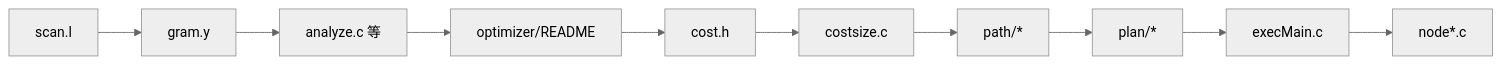
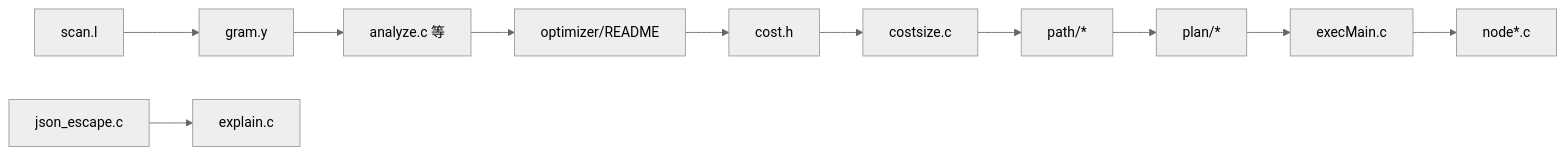
The eighth of 8 diagrams in .qoder/repowiki/zh/content/查询处理/查询处理.md (chirpyli/minipg), drawn with Mermaid (neutral theme) before and after one commit. The commit also changed other lines of this file and 362 other files, not shown here.

````diff
--- a/.qoder/repowiki/zh/content/查询处理/查询处理.md
+++ b/.qoder/repowiki/zh/content/查询处理/查询处理.md
@@ -241,12 +287,13 @@
 ```mermaid
 graph LR
 Scan["scan.l"] --> Gram["gram.y"]
 Gram --> Analyze["analyze.c 等"]
 Analyze --> OptReadme["optimizer/README"]
 OptReadme --> CostH["cost.h"]
 CostH --> CostSize["costsize.c"]
 CostSize --> PathFiles["path/*"]
 PathFiles --> PlanFiles["plan/*"]
 PlanFiles --> ExecMain["execMain.c"]
 ExecMain --> NodeFiles["node*.c"]
+JsonEscape["json_escape.c"] --> Explain["explain.c"]
 ```
````
